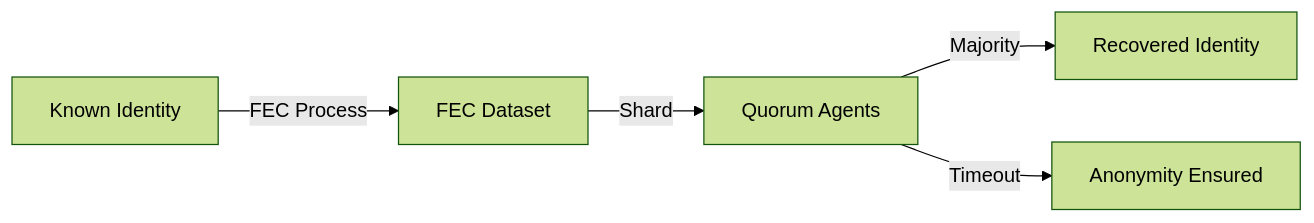
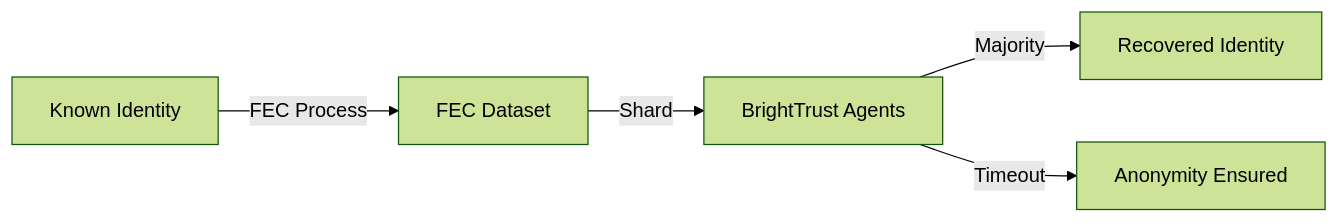
Before and after one commit to Digital-Defiance/BrightChain: the third of 7 diagrams in docs/overview/paper-draft-old.md, drawn with Mermaid (forest theme). The commit also changed other lines of this file and 807 other files, not shown here.

````diff
--- a/docs/overview/paper-draft-old.md
+++ b/docs/overview/paper-draft-old.md
@@ -54,7 +54,7 @@
 ```mermaid
 graph LR
     A[Known Identity] -->|FEC Process| B[FEC Dataset]
-    B -->|Shard| C[Quorum Agents]
+    B -->|Shard| C[BrightTrust Agents]
     C -->|Majority| D[Recovered Identity]
     C -->|Timeout| E[Anonymity Ensured]
 ```
````
